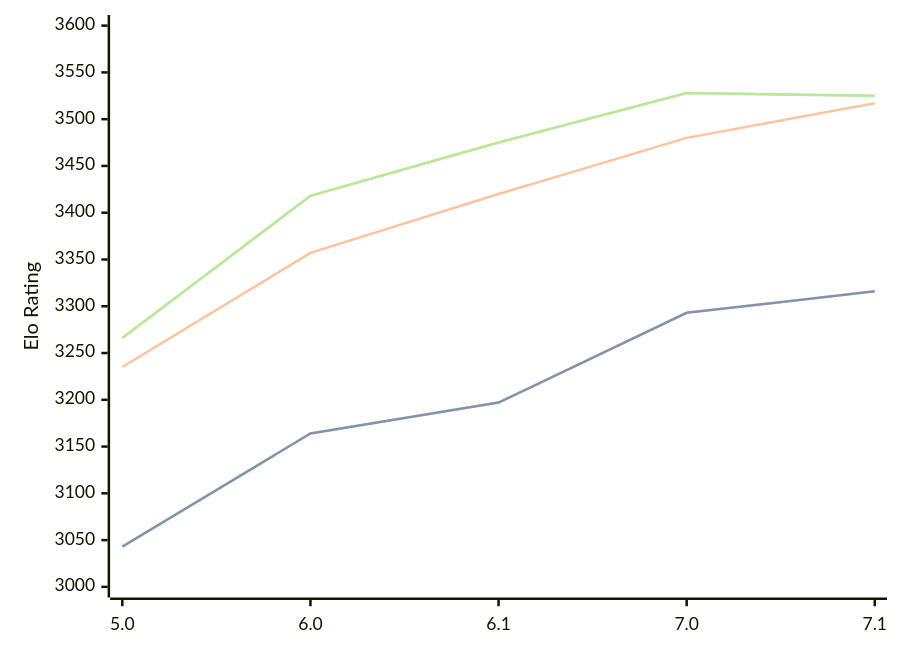
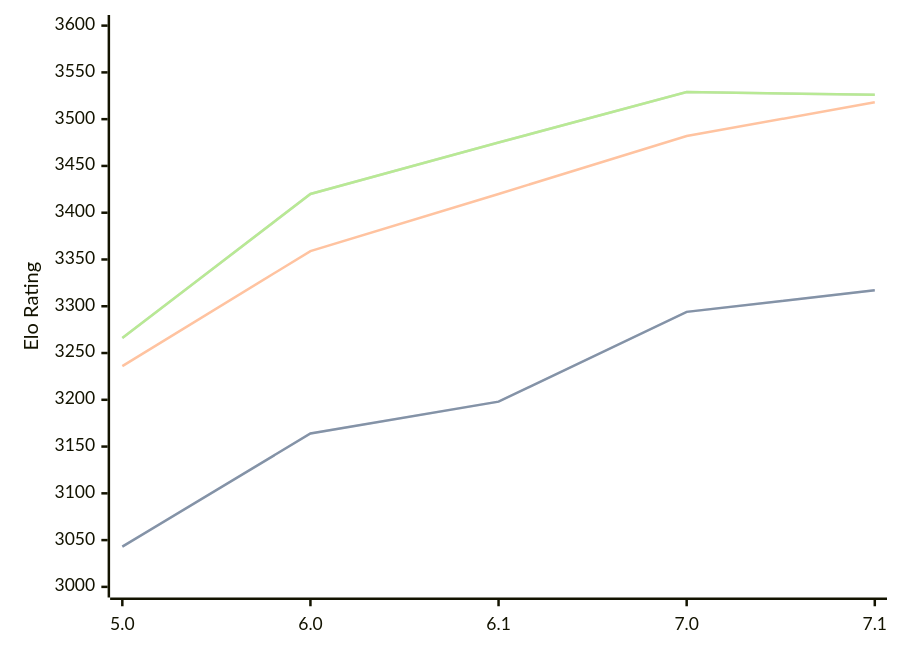
Before and after one commit to computer-chess-index/cci: the diagram in engines/PZChessBot.md, drawn with Mermaid. The commit also changed other lines of this file, not shown here.

Commit message:
Update CCI Ratings (ELO VLTC) - 2026-08-23

````diff
--- a/engines/PZChessBot.md
+++ b/engines/PZChessBot.md
@@ -35,11 +35,11 @@
 ```mermaid
 %%{init: {"theme":"base","themeVariables":{"seriesColors:['#a3a3a3','#222221','#faa371']}}}%%
 xychart-beta
   x-axis ["5.0", "6.0", "6.1", "7.0", "7.1"]
   y-axis "Elo Rating" 3000 --> 3600
-  line "STC (8.0+0.08s)" [3043, 3164, 3197, 3293, 3316]
-  line "STC (8.0+0.08s)" [3043, 3164, 3197, 3293, 3316]
-  line "LTC (60.0+0.60s)" [3235, 3357, 3420, 3480, 3517]
-  line "VLTC (2m24s+1.12s)" [3266, 3418, 3475, 3528, 3525]
-  line "VLTC (2m24s+1.12s)" [3266, 3418, 3475, 3528, 3525]
+  line "STC (8.0+0.08s)" [3043, 3164, 3198, 3294, 3317]
+  line "STC (8.0+0.08s)" [3043, 3164, 3198, 3294, 3317]
+  line "LTC (60.0+0.60s)" [3236, 3359, 3420, 3482, 3518]
+  line "VLTC (2m24s+1.12s)" [3266, 3420, 3475, 3529, 3526]
+  line "VLTC (2m24s+1.12s)" [3266, 3420, 3475, 3529, 3526]
 ```
````
